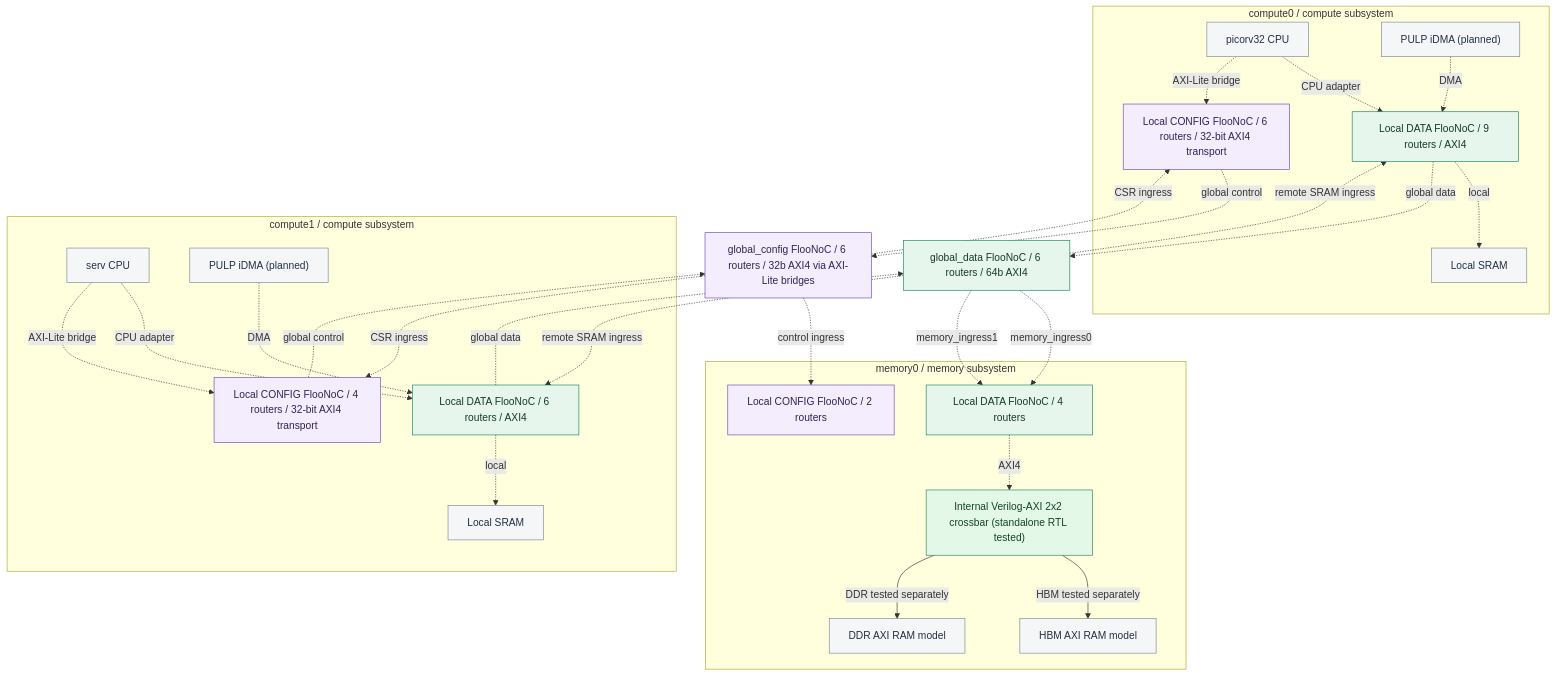
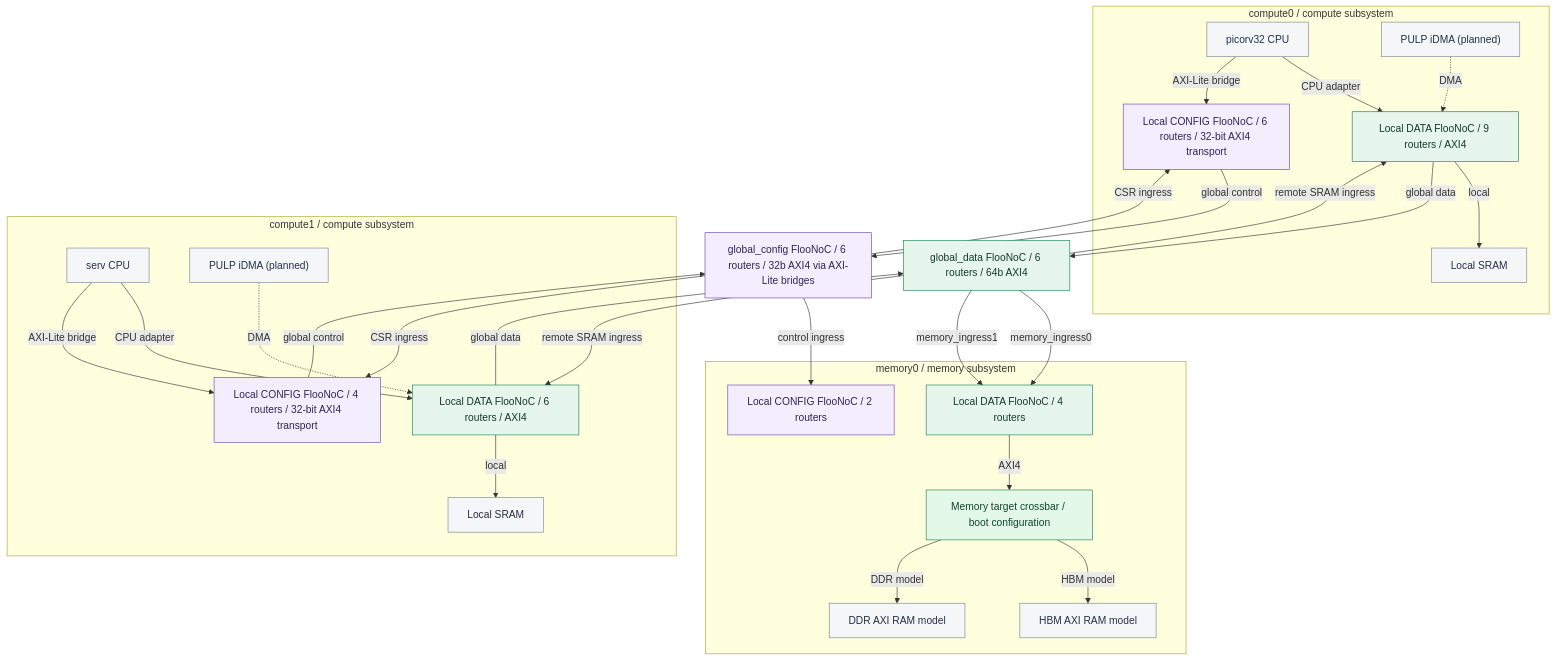
The diagram in gen/diagrams/noc-hierarchy.mmd (r987r/xezim-hello-world), drawn with Mermaid before and after one commit. The commit also changed 56 other files, not shown here.

First line of the commit message:
Run coordinated CPU cold boot over the shared chip NoCs

```diff
--- a/gen/diagrams/noc-hierarchy.mmd
+++ b/gen/diagrams/noc-hierarchy.mmd
@@ -1,53 +1,53 @@
 flowchart TB
   classDef data fill:#e6f6ec,stroke:#188459,color:#143b2b;
   classDef config fill:#f3edfd,stroke:#7047b5,color:#342451;
   classDef model fill:#f5f6f7,stroke:#7b8794,color:#233047;
   classDef verified fill:#e4f8e8,stroke:#228450,color:#12432b;
   %% All FlooNoC internal router and NI RTL is generated.
-  %% Every dashed subsystem-to-NoC connection remains unimplemented.
+  %% Solid links are wired in the boot configuration; DMA/controller links remain dashed.
   subgraph n_compute0_box["compute0 / compute subsystem"]
   n_compute0_cpu["picorv32 CPU"]:::model
   n_compute0_dma["PULP iDMA (planned)"]:::model
   n_compute0_sram["Local SRAM"]:::model
   n_compute0_local_data["Local DATA FlooNoC / 9 routers / AXI4"]:::data
   n_compute0_local_config["Local CONFIG FlooNoC / 6 routers / 32-bit AXI4 transport"]:::config
   end
-  n_compute0_cpu -.->|CPU adapter| n_compute0_local_data
+  n_compute0_cpu -->|CPU adapter| n_compute0_local_data
   n_compute0_dma -.->|DMA| n_compute0_local_data
-  n_compute0_local_data -.->|local| n_compute0_sram
-  n_compute0_cpu -.->|AXI-Lite bridge| n_compute0_local_config
-  n_compute0_local_data -.->|global data| n_global_data
-  n_compute0_local_config -.->|global control| n_global_config
+  n_compute0_local_data -->|local| n_compute0_sram
+  n_compute0_cpu -->|AXI-Lite bridge| n_compute0_local_config
+  n_compute0_local_data -->|global data| n_global_data
+  n_compute0_local_config -->|global control| n_global_config
   subgraph n_compute1_box["compute1 / compute subsystem"]
   n_compute1_cpu["serv CPU"]:::model
   n_compute1_dma["PULP iDMA (planned)"]:::model
   n_compute1_sram["Local SRAM"]:::model
   n_compute1_local_data["Local DATA FlooNoC / 6 routers / AXI4"]:::data
   n_compute1_local_config["Local CONFIG FlooNoC / 4 routers / 32-bit AXI4 transport"]:::config
   end
-  n_compute1_cpu -.->|CPU adapter| n_compute1_local_data
+  n_compute1_cpu -->|CPU adapter| n_compute1_local_data
   n_compute1_dma -.->|DMA| n_compute1_local_data
-  n_compute1_local_data -.->|local| n_compute1_sram
-  n_compute1_cpu -.->|AXI-Lite bridge| n_compute1_local_config
-  n_compute1_local_data -.->|global data| n_global_data
-  n_compute1_local_config -.->|global control| n_global_config
+  n_compute1_local_data -->|local| n_compute1_sram
+  n_compute1_cpu -->|AXI-Lite bridge| n_compute1_local_config
+  n_compute1_local_data -->|global data| n_global_data
+  n_compute1_local_config -->|global control| n_global_config
   n_global_data["global_data FlooNoC / 6 routers / 64b AXI4"]:::data
   n_global_config["global_config FlooNoC / 6 routers / 32b AXI4 via AXI-Lite bridges"]:::config
   subgraph n_memory0_box["memory0 / memory subsystem"]
   n_memory0_local_data["Local DATA FlooNoC / 4 routers"]:::data
   n_memory0_local_config["Local CONFIG FlooNoC / 2 routers"]:::config
-  n_xbar["Internal Verilog-AXI 2x2 crossbar (standalone RTL tested)"]:::verified
+  n_xbar["Memory target crossbar / boot configuration"]:::verified
   n_memory0_hbm0["HBM AXI RAM model"]:::model
   n_memory0_ddr0["DDR AXI RAM model"]:::model
   end
-  n_global_data -.->|remote SRAM ingress| n_compute0_local_data
-  n_global_config -.->|CSR ingress| n_compute0_local_config
-  n_global_data -.->|remote SRAM ingress| n_compute1_local_data
-  n_global_config -.->|CSR ingress| n_compute1_local_config
-  n_global_data -.->|memory_ingress0| n_memory0_local_data
-  n_global_data -.->|memory_ingress1| n_memory0_local_data
-  n_global_config -.->|control ingress| n_memory0_local_config
-  n_memory0_local_data -.->|AXI4| n_xbar
-  n_xbar -->|HBM tested separately| n_memory0_hbm0
-  n_xbar -->|DDR tested separately| n_memory0_ddr0
-  %% Solid crossbar paths are only proven in a standalone memory TB.
+  n_global_data -->|remote SRAM ingress| n_compute0_local_data
+  n_global_config -->|CSR ingress| n_compute0_local_config
+  n_global_data -->|remote SRAM ingress| n_compute1_local_data
+  n_global_config -->|CSR ingress| n_compute1_local_config
+  n_global_data -->|memory_ingress0| n_memory0_local_data
+  n_global_data -->|memory_ingress1| n_memory0_local_data
+  n_global_config -->|control ingress| n_memory0_local_config
+  n_memory0_local_data -->|AXI4| n_xbar
+  n_xbar -->|HBM model| n_memory0_hbm0
+  n_xbar -->|DDR model| n_memory0_ddr0
+  %% Physical HBM/DDR controllers and iDMA engines remain unintegrated.
```
